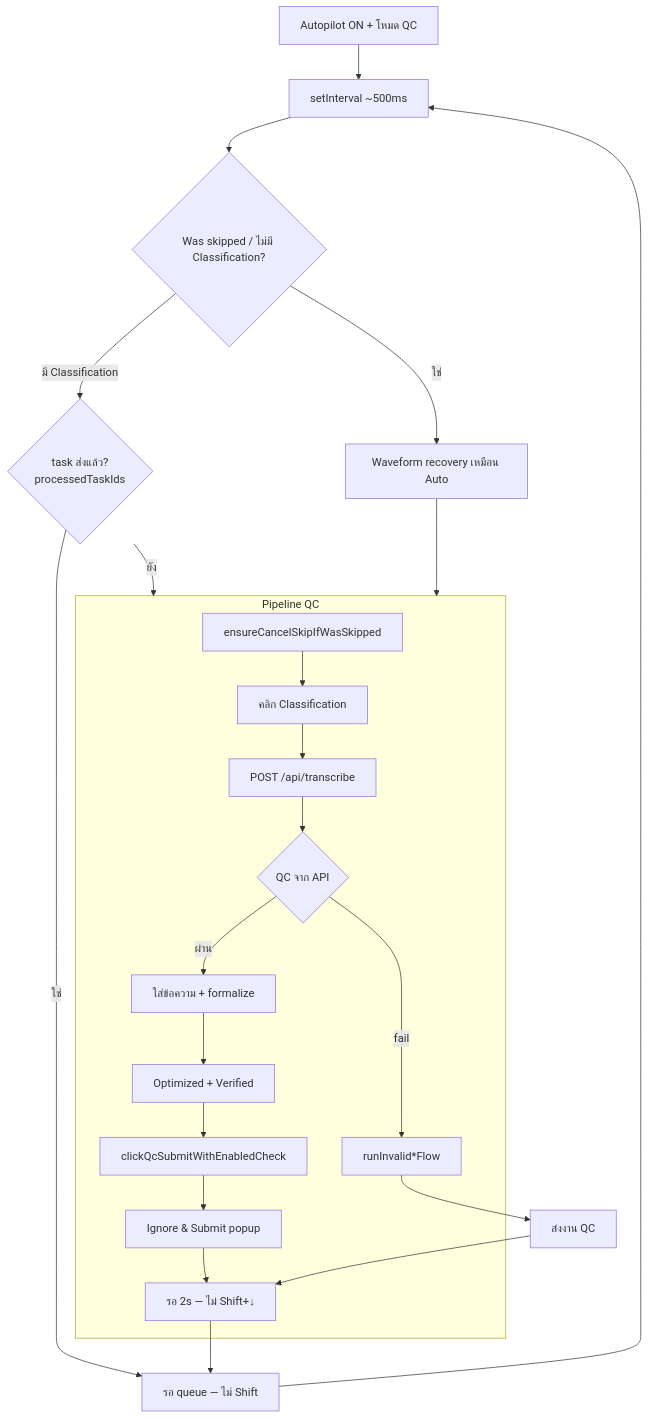
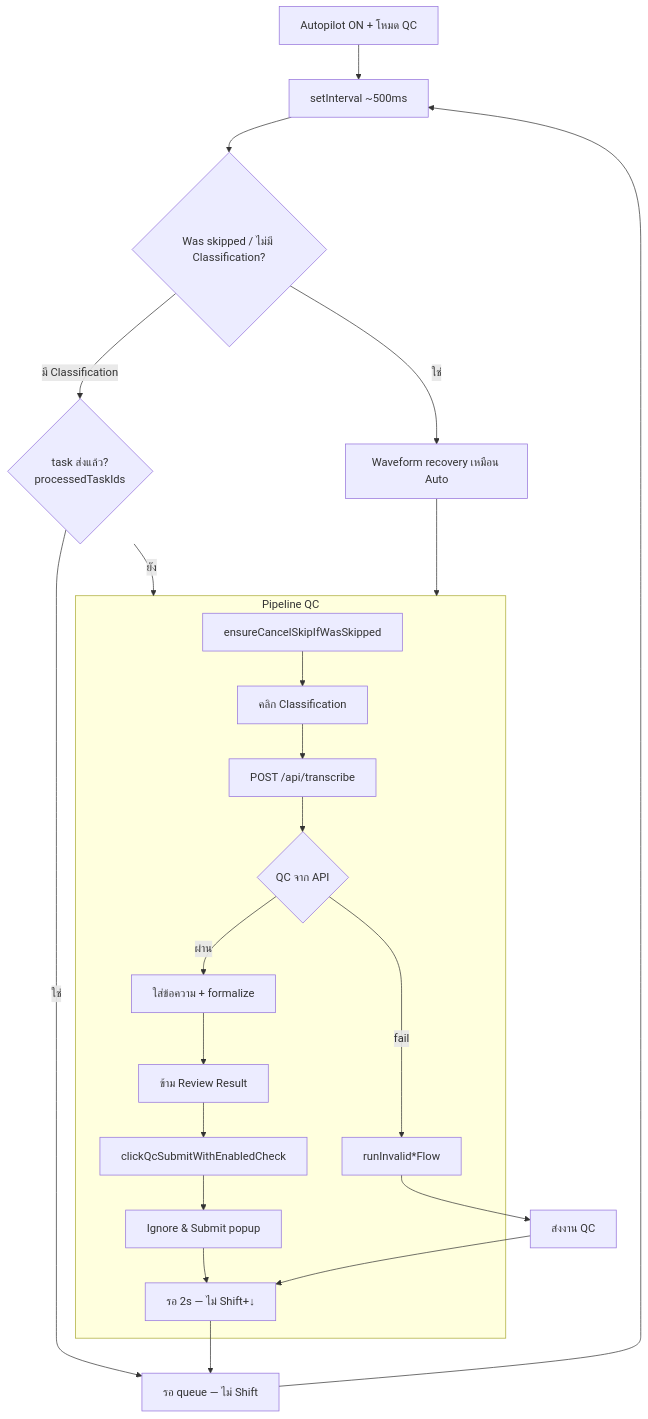
One commit to aemilia1962/DingTag_Automatron_Alternative changed the fourth of 7 diagrams in .cursor/skills/dingtag-project/flows.md. Above: the diagram before and after it, drawn with Mermaid. The commit also changed other lines of this file and 3 other files, not shown here.

````diff
--- a/.cursor/skills/dingtag-project/flows.md
+++ b/.cursor/skills/dingtag-project/flows.md
@@ -208,28 +209,28 @@
 ```mermaid
 flowchart TD
     ON[Autopilot ON + โหมด QC] --> POLL[setInterval ~500ms]
     POLL --> PRE{Was skipped / ไม่มี Classification?}
     PRE -->|ใช่| REC[Waveform recovery เหมือน Auto]
     PRE -->|มี Classification| DUP{task ส่งแล้ว?<br/>processedTaskIds}
     DUP -->|ใช่| WAIT[รอ queue — ไม่ Shift]
     DUP -->|ยัง| PIPE[runTranscriptionPipeline]
 
     subgraph PIPE["Pipeline QC"]
         P1[ensureCancelSkipIfWasSkipped]
         P1 --> P2[คลิก Classification]
         P2 --> P3[POST /api/transcribe]
         P3 --> QCAPI{QC จาก API}
         QCAPI -->|fail| INV[runInvalid*Flow]
         QCAPI -->|ผ่าน| FILL[ใส่ข้อความ + formalize]
-        FILL --> RAD[Optimized + Verified]
-        RAD --> SUB[clickQcSubmitWithEnabledCheck]
+        FILL --> SKIPREV[ข้าม Review Result]
+        SKIPREV --> SUB[clickQcSubmitWithEnabledCheck]
         SUB --> POP[Ignore & Submit popup]
         POP --> WAIT2[รอ 2s — ไม่ Shift+↓]
     end
 
     INV --> SUB2[ส่งงาน QC]
     SUB2 --> WAIT2
     REC --> PIPE
     WAIT2 --> WAIT
     WAIT --> POLL
 ```
````
